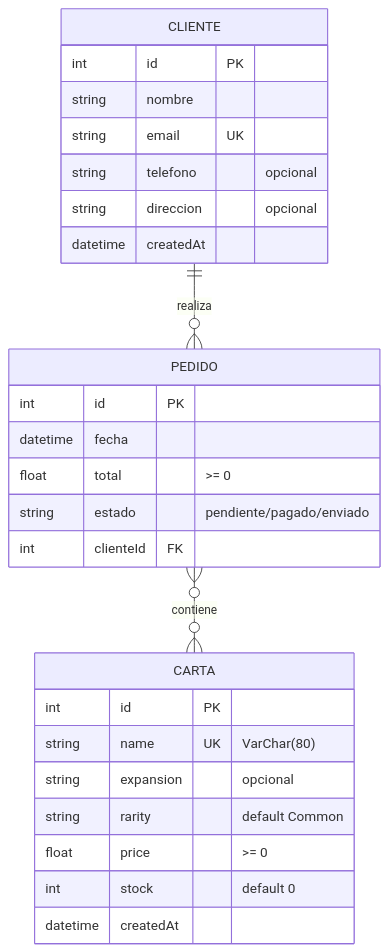
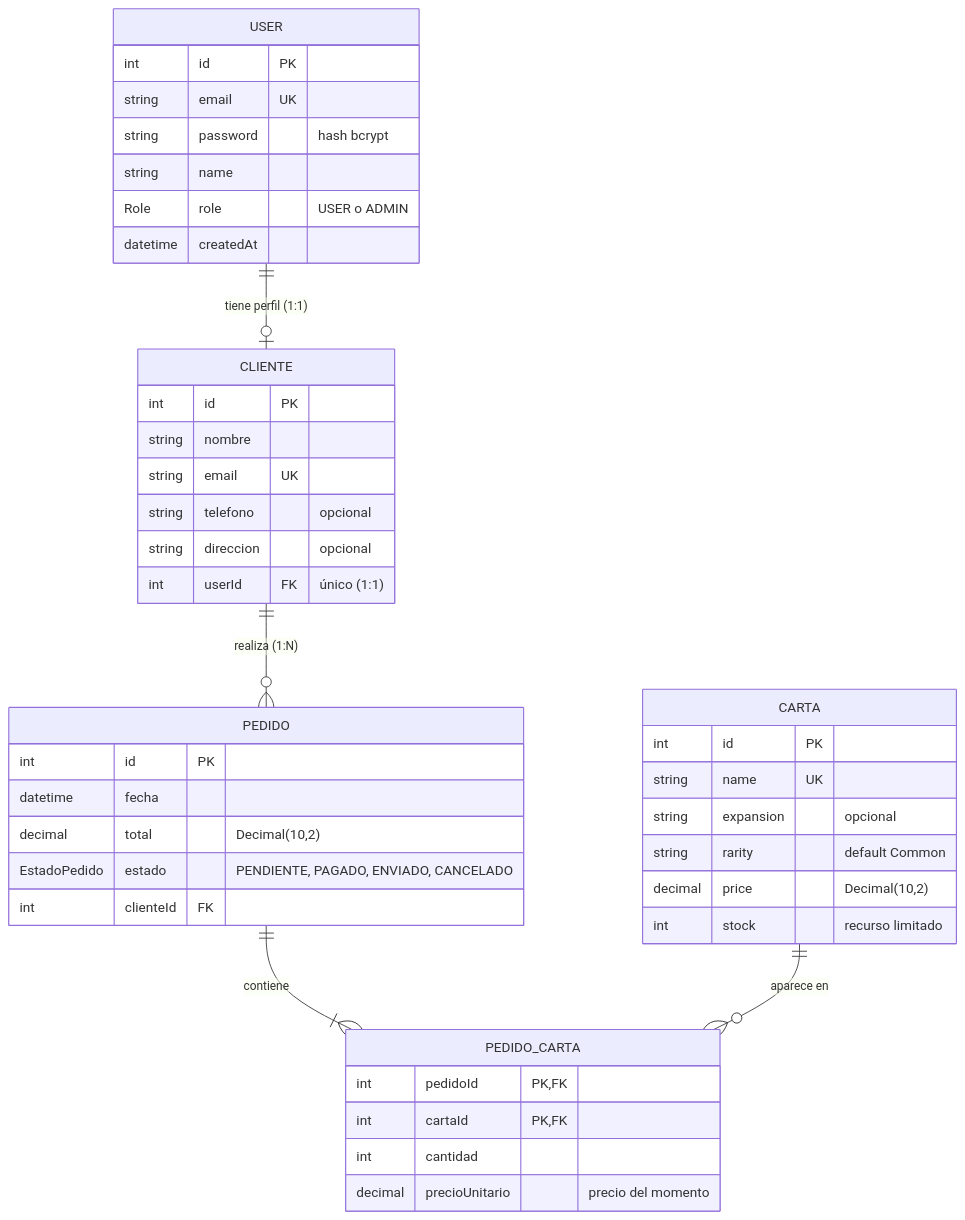
One commit to BrokeSaturn/G04_Lab1_TiendaCartasPokemon changed the diagram in MODELO_ER.md. Above: the diagram before and after it, drawn with Mermaid. The commit also changed other lines of this file and 1 other file, not shown here.

Commit message:
Modelo ER final y evidencia de Prisma Studio de pedido de cartas

````diff
--- a/MODELO_ER.md
+++ b/MODELO_ER.md
@@ -9,29 +7,44 @@
 ```mermaid
 erDiagram
-    CLIENTE ||--o{ PEDIDO : realiza
-    PEDIDO }o--o{ CARTA : contiene
-    CARTA {
+    USER ||--o| CLIENTE : "tiene perfil (1:1)"
+    CLIENTE ||--o{ PEDIDO : "realiza (1:N)"
+    PEDIDO ||--|{ PEDIDO_CARTA : contiene
+    CARTA ||--o{ PEDIDO_CARTA : "aparece en"
+    USER {
         int id PK
-        string name UK "VarChar(80)"
-        string expansion "opcional"
-        string rarity "default Common"
-        float price ">= 0"
-        int stock "default 0"
+        string email UK
+        string password "hash bcrypt"
+        string name
+        Role role "USER o ADMIN"
         datetime createdAt
     }
     CLIENTE {
         int id PK
         string nombre
         string email UK
         string telefono "opcional"
         string direccion "opcional"
-        datetime createdAt
+        int userId FK "único (1:1)"
+    }
+    CARTA {
+        int id PK
+        string name UK
+        string expansion "opcional"
+        string rarity "default Common"
+        decimal price "Decimal(10,2)"
+        int stock "recurso limitado"
     }
     PEDIDO {
         int id PK
         datetime fecha
-        float total ">= 0"
-        string estado "pendiente/pagado/enviado"
+        decimal total "Decimal(10,2)"
+        EstadoPedido estado "PENDIENTE, PAGADO, ENVIADO, CANCELADO"
         int clienteId FK
     }
+    PEDIDO_CARTA {
+        int pedidoId PK, FK
+        int cartaId PK, FK
+        int cantidad
+        decimal precioUnitario "precio del momento"
+    }
 ```
````
